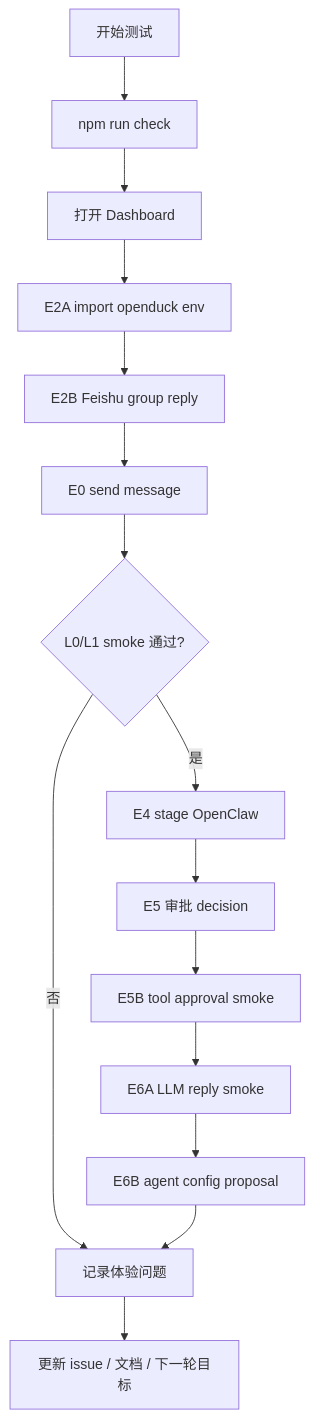
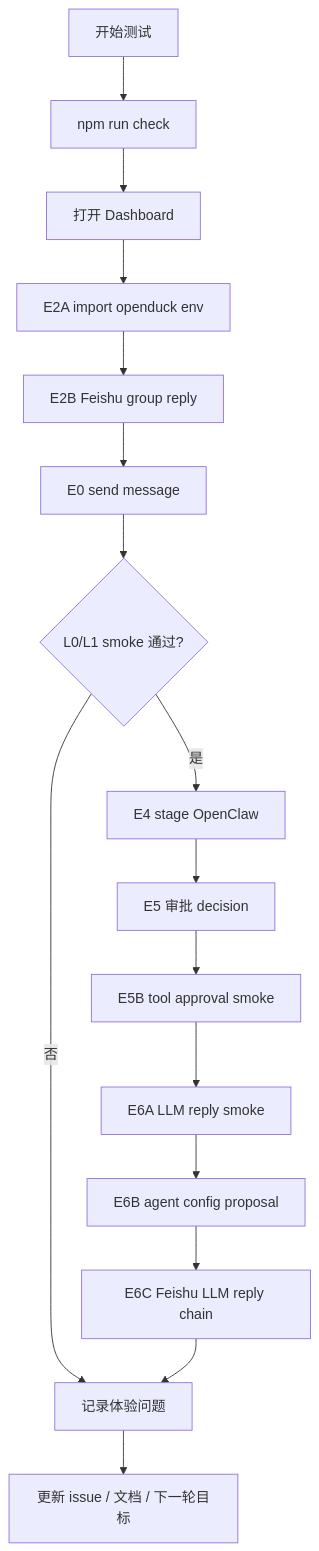
Before and after one commit to mayf3/myclaw: the second of 2 diagrams in docs/modules/human-testing-playbook.md, drawn with Mermaid. The commit also changed other lines of this file and 30 other files, not shown here.

Commit message:
feat: link feishu llm replies to ask runs

````diff
--- a/docs/modules/human-testing-playbook.md
+++ b/docs/modules/human-testing-playbook.md
@@ -69,17 +70,18 @@
 ```mermaid
 flowchart TD
   Start[开始测试] --> Check[npm run check]
   Check --> Dashboard[打开 Dashboard]
   Dashboard --> Import[E2A import openduck env]
   Import --> FeishuBot[E2B Feishu group reply]
   FeishuBot --> Send[E0 send message]
   Send --> L0Gate{L0/L1 smoke 通过?}
   L0Gate -->|否| Record[记录阻塞证据]
   L0Gate -->|是| Stage[E4 stage OpenClaw]
   Stage --> Approval[E5 审批 decision]
   Approval --> ToolSmoke[E5B tool approval smoke]
   ToolSmoke --> Ask[E6A LLM reply smoke]
   Ask --> ConfigProposal[E6B agent config proposal]
-  ConfigProposal --> Record[记录体验问题]
+  ConfigProposal --> FeishuLlm[E6C Feishu LLM reply chain]
+  FeishuLlm --> Record[记录体验问题]
   Record --> Report[更新 issue / 文档 / 下一轮目标]
 ```
````
